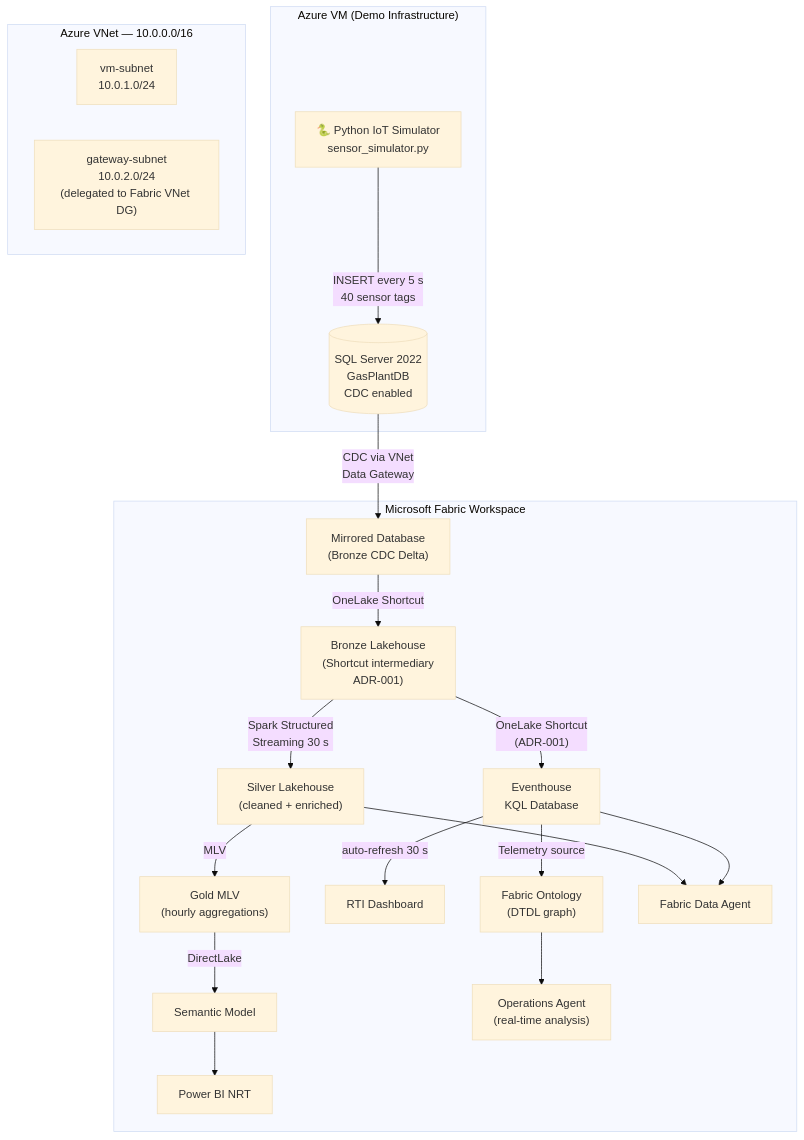
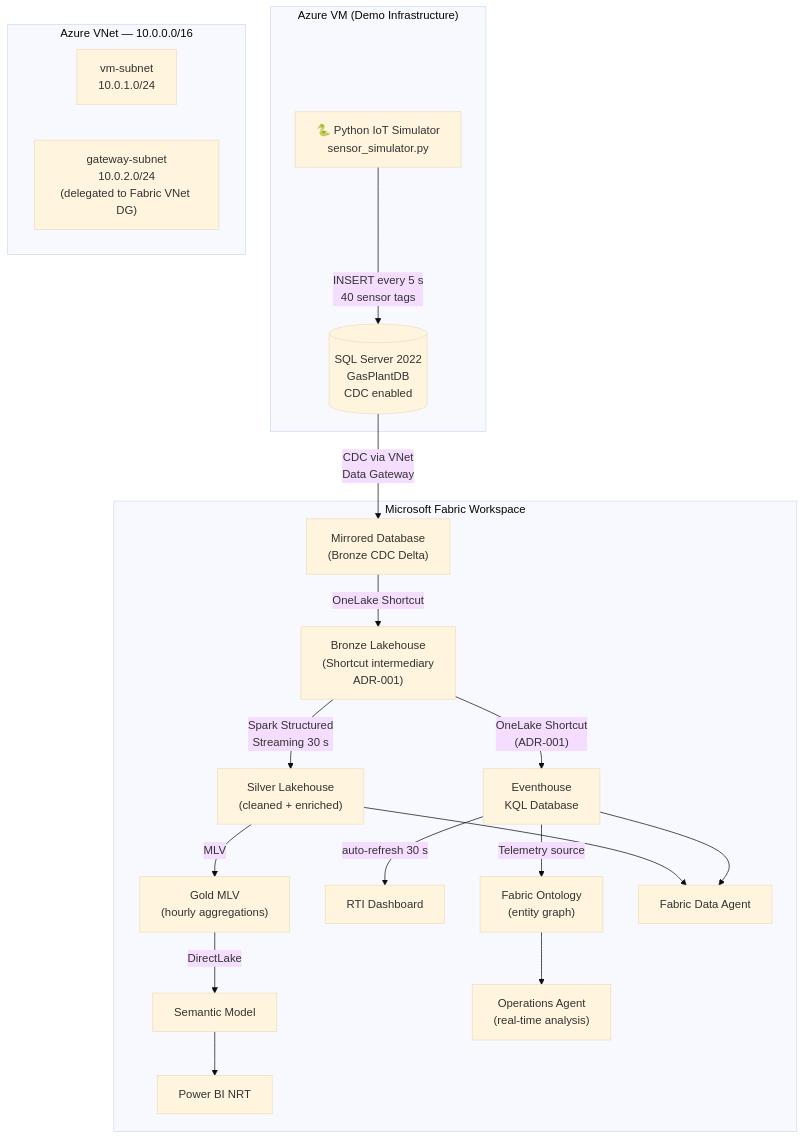
Before and after one commit to stuba83/sql-server-fabric-rti-demo: the diagram in README.md, drawn with Mermaid (base theme). The commit also changed other lines of this file and 2 other files, not shown here.

````diff
--- a/README.md
+++ b/README.md
@@ -13,34 +13,34 @@
 ```mermaid
 flowchart TD
     subgraph AzureVM["Azure VM (Demo Infrastructure)"]
         SIM["🐍 Python IoT Simulator\nsensor_simulator.py"]
         SQL[("SQL Server 2022\nGasPlantDB\nCDC enabled")]
         SIM -->|"INSERT every 5 s\n40 sensor tags"| SQL
     end
 
     subgraph VNet["Azure VNet — 10.0.0.0/16"]
         direction LR
         VMSUB["vm-subnet\n10.0.1.0/24"]
         GWSUB["gateway-subnet\n10.0.2.0/24\n(delegated to Fabric VNet DG)"]
     end
 
     SQL -->|"CDC via VNet\nData Gateway"| MIR
 
     subgraph Fabric["Microsoft Fabric Workspace"]
         MIR["Mirrored Database\n(Bronze CDC Delta)"]
         BRZ["Bronze Lakehouse\n(Shortcut intermediary\nADR-001)"]
         MIR -->|OneLake Shortcut| BRZ
 
         BRZ -->|"Spark Structured\nStreaming 30 s"| SIL["Silver Lakehouse\n(cleaned + enriched)"]
         SIL -->|MLV| GLD["Gold MLV\n(hourly aggregations)"]
         GLD -->|DirectLake| SM["Semantic Model"] --> PBI["Power BI NRT"]
 
         BRZ -->|"OneLake Shortcut\n(ADR-001)"| EH["Eventhouse\nKQL Database"]
         EH -->|"auto-refresh 30 s"| RTI["RTI Dashboard"]
 
-        EH -->|Telemetry source| ONT["Fabric Ontology\n(DTDL graph)"]
+        EH -->|Telemetry source| ONT["Fabric Ontology\n(entity graph)"]
         ONT --> OPS["Operations Agent\n(real-time analysis)"]
 
         SIL & EH --> DA["Fabric Data Agent"]
     end
 ```
````
